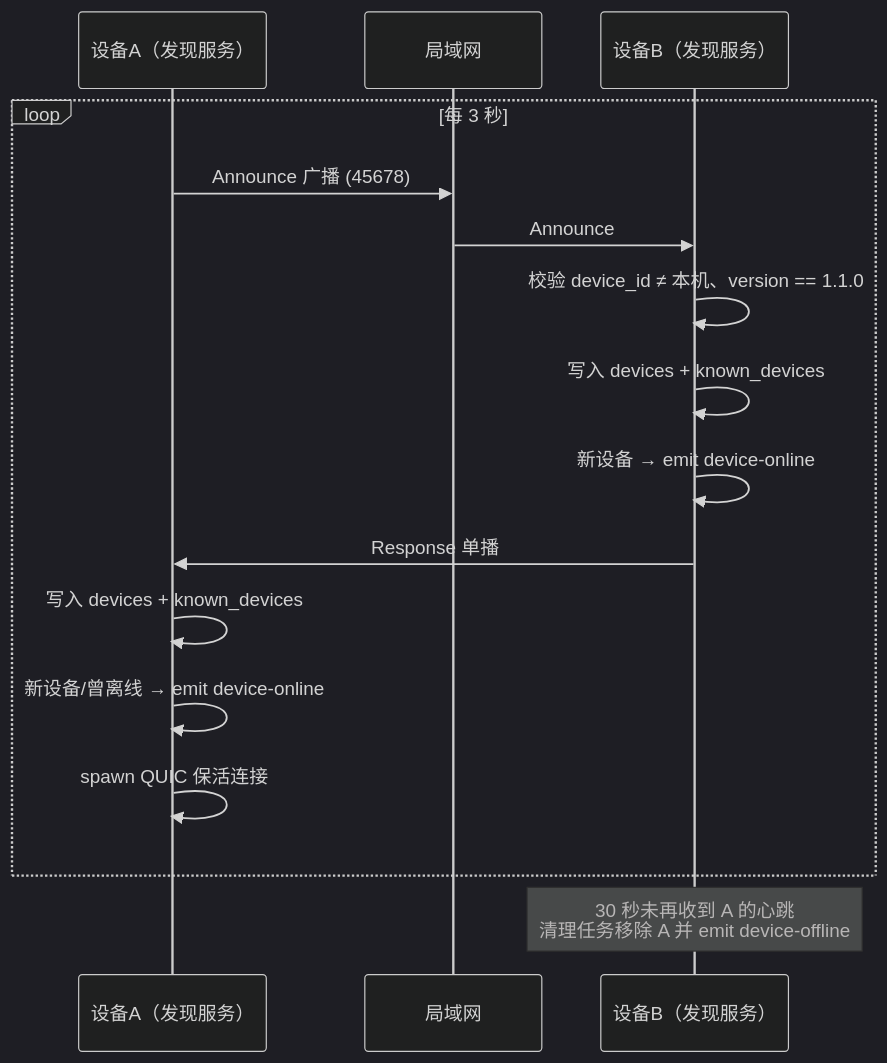
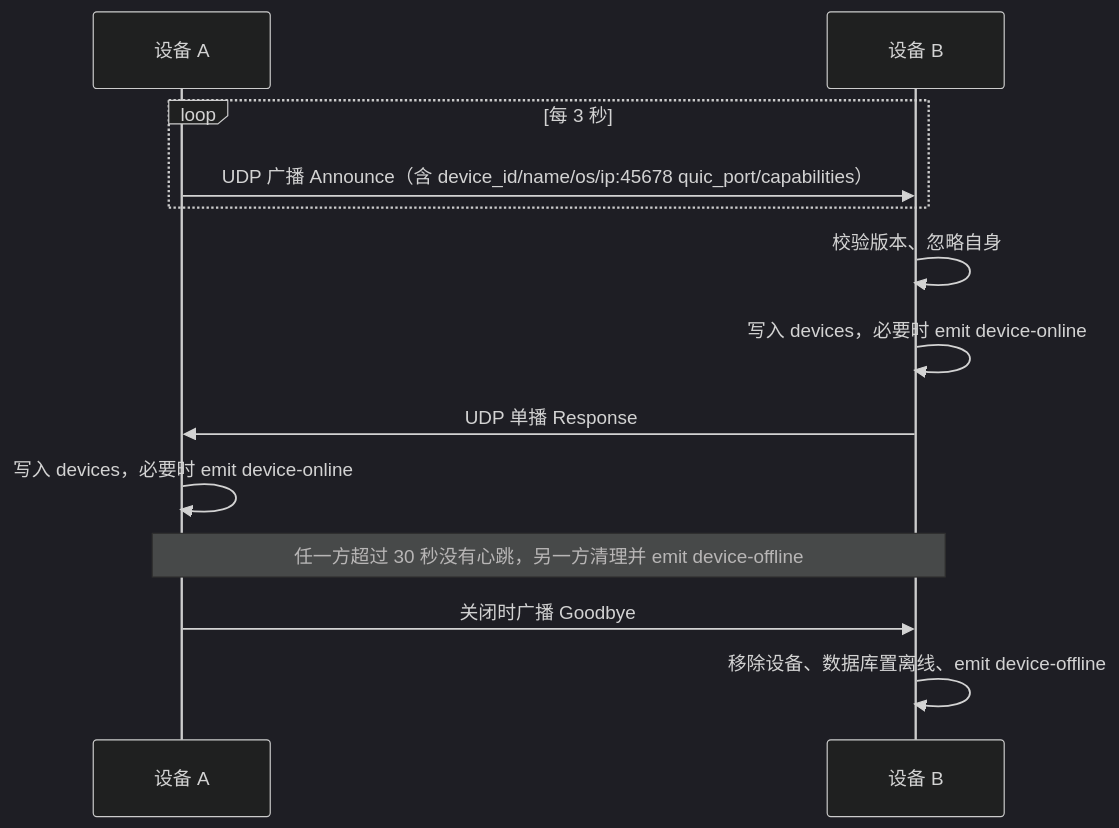
Before and after one commit to pardonhan/chuanshu-app: the first of 2 diagrams in docs/wiki/07-protocol-and-flows.md, drawn with Mermaid (dark theme). The commit also changed other lines of this file and 10 other files, not shown here.

````diff
--- a/docs/wiki/07-protocol-and-flows.md
+++ b/docs/wiki/07-protocol-and-flows.md
@@ -90,20 +131,18 @@
 ```mermaid
 sequenceDiagram
-  participant A as 设备A（发现服务）
-  participant Net as 局域网
-  participant B as 设备B（发现服务）
+  participant A as 设备 A
+  participant B as 设备 B
 
   loop 每 3 秒
-    A->>Net: Announce 广播 (45678)
-    Net->>B: Announce
-    B->>B: 校验 device_id ≠ 本机、version == 1.1.0
-    B->>B: 写入 devices + known_devices
-    B->>B: 新设备 → emit device-online
-    B->>A: Response 单播
-    A->>A: 写入 devices + known_devices
-    A->>A: 新设备/曾离线 → emit device-online
-    A->>A: spawn QUIC 保活连接
+    A->>B: UDP 广播 Announce（含 device_id/name/os/ip:45678 quic_port/capabilities）
   end
+  B->>B: 校验版本、忽略自身
+  B->>B: 写入 devices，必要时 emit device-online
+  B->>A: UDP 单播 Response
+  A->>A: 写入 devices，必要时 emit device-online
 
-  Note over B: 30 秒未再收到 A 的心跳<br/>清理任务移除 A 并 emit device-offline
+  Note over A,B: 任一方超过 30 秒没有心跳，另一方清理并 emit device-offline
+
+  A->>B: 关闭时广播 Goodbye
+  B->>B: 移除设备、数据库置离线、emit device-offline
 ```
````
